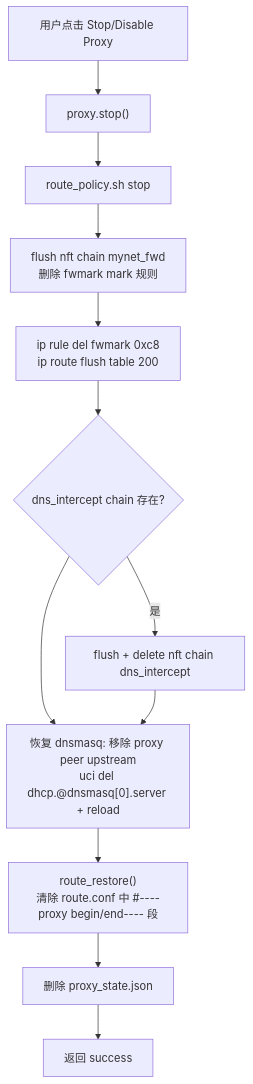
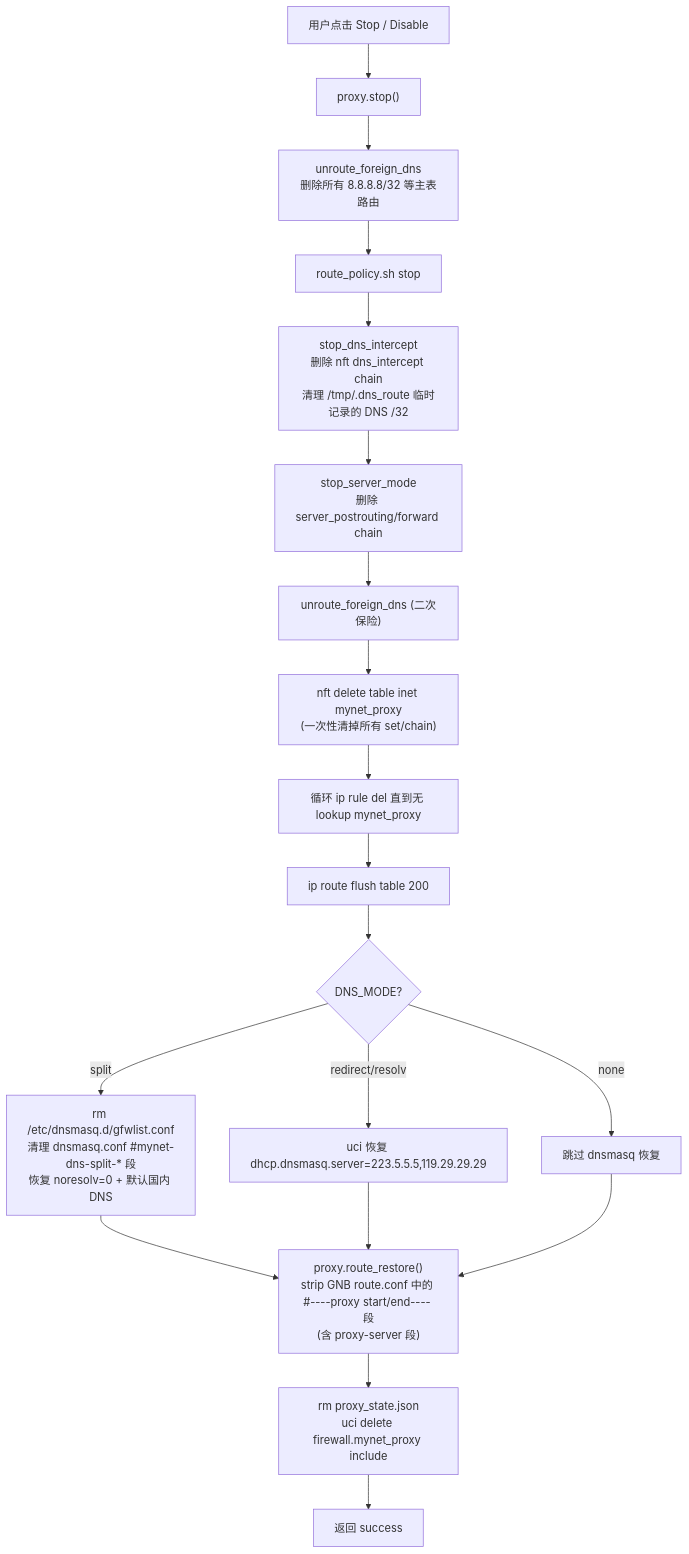
Before and after one commit to luoyueliang/mynet_lua: the sixth of 9 diagrams in docs/FLOWS.md, drawn with Mermaid. The commit also changed other lines of this file and 10 other files, not shown here.

First line of the commit message:
feat: proxy/DNS 重构 + 预置 gfwlist + 测试通过

````diff
--- a/docs/FLOWS.md
+++ b/docs/FLOWS.md
@@ -203,14 +251,21 @@
 ```mermaid
 flowchart TD
-    A[用户点击 Stop/Disable Proxy] --> B["proxy.stop()"]
-    B --> C["route_policy.sh stop"]
-    C --> C1["flush nft chain mynet_fwd\n删除 fwmark mark 规则"]
-    C1 --> C2["ip rule del fwmark 0xc8\nip route flush table 200"]
-    C2 --> C3{dns_intercept chain 存在?}
-    C3 -- 是 --> C4["flush + delete nft chain dns_intercept"]
-    C3 --> C5
-    C4 --> C5["恢复 dnsmasq: 移除 proxy peer upstream\nuci del dhcp.@dnsmasq[0].server + reload"]
-    C5 --> D["route_restore()\n清除 route.conf 中 #----proxy begin/end---- 段"]
-    D --> E["删除 proxy_state.json"]
-    E --> F[返回 success]
+    A[用户点击 Stop / Disable] --> B["proxy.stop()"]
+    B --> C["unroute_foreign_dns<br/>删除所有 8.8.8.8/32 等主表路由"]
+    C --> D["route_policy.sh stop"]
+    D --> D1["stop_dns_intercept<br/>删除 nft dns_intercept chain<br/>清理 /tmp/.dns_route 临时记录的 DNS /32"]
+    D1 --> D2["stop_server_mode<br/>删除 server_postrouting/forward chain"]
+    D2 --> D3["unroute_foreign_dns (二次保险)"]
+    D3 --> D4["nft delete table inet mynet_proxy<br/>(一次性清掉所有 set/chain)"]
+    D4 --> D5["循环 ip rule del 直到无 lookup mynet_proxy"]
+    D5 --> D6["ip route flush table 200"]
+    D6 --> D7{DNS_MODE?}
+    D7 -- split --> D8["rm /etc/dnsmasq.d/gfwlist.conf<br/>清理 dnsmasq.conf #mynet-dns-split-* 段<br/>恢复 noresolv=0 + 默认国内 DNS"]
+    D7 -- redirect/resolv --> D9["uci 恢复 dhcp.dnsmasq.server=223.5.5.5,119.29.29.29"]
+    D7 -- none --> D10[跳过 dnsmasq 恢复]
+    D8 --> E
+    D9 --> E
+    D10 --> E["proxy.route_restore()<br/>strip GNB route.conf 中的 #----proxy start/end---- 段<br/>(含 proxy-server 段)"]
+    E --> F["rm proxy_state.json<br/>uci delete firewall.mynet_proxy include"]
+    F --> G[返回 success]
 ```
````
